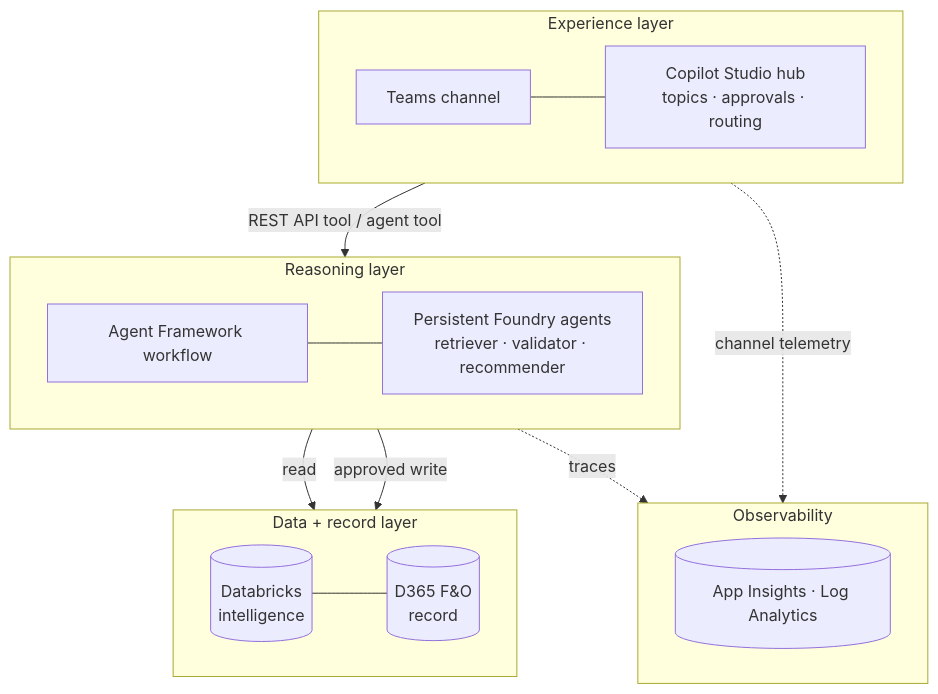
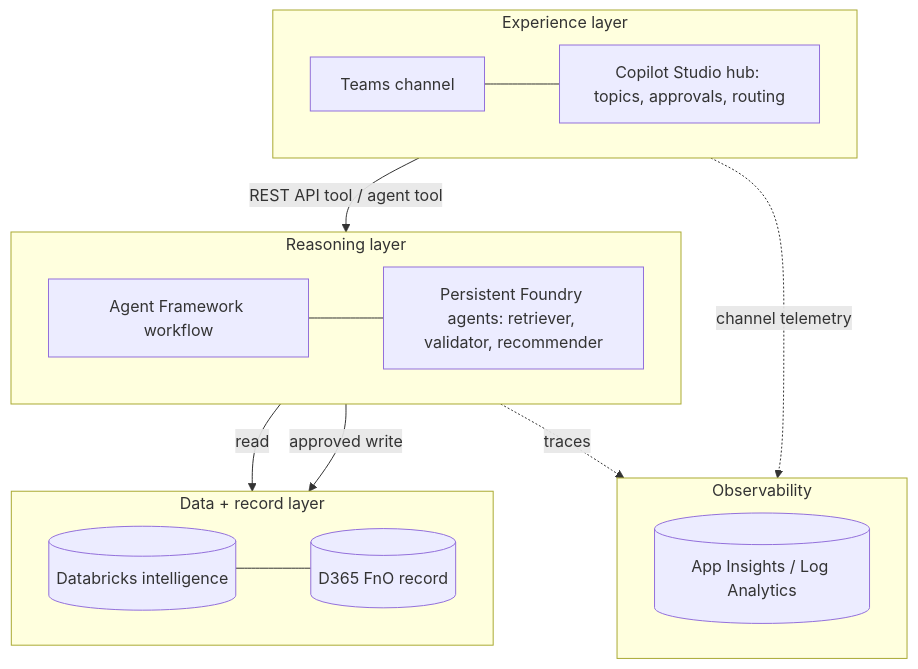
The fifth of 7 diagrams in docs/07-demo-options.md (honestypugh2/warehouse-replenishment-ai-demo), drawn with Mermaid before and after one commit. The commit also changed other lines of this file and 3 other files, not shown here.

First line of the commit message:
fix: resolve Mermaid rendering in all docs

````diff
--- a/docs/07-demo-options.md
+++ b/docs/07-demo-options.md
@@ -315,24 +315,24 @@
 ```mermaid
 flowchart TB
     subgraph L1 [Experience layer]
         direction LR
-        TEAMS[Teams channel] --- CSHUB[Copilot Studio hub<br/>topics · approvals · routing]
+        TEAMS[Teams channel] --- CSHUB["Copilot Studio hub: topics, approvals, routing"]
     end
     subgraph L2 [Reasoning layer]
         direction LR
-        WF[Agent Framework workflow] --- AG[Persistent Foundry agents<br/>retriever · validator · recommender]
+        WF[Agent Framework workflow] --- AG["Persistent Foundry agents: retriever, validator, recommender"]
     end
     subgraph L3 [Data + record layer]
         direction LR
-        DBX[(Databricks<br/>intelligence)] --- D365[(D365 F&O<br/>record)]
+        DBX[("Databricks intelligence")] --- D365[("D365 FnO record")]
     end
     subgraph L4 [Observability]
-        AI[(App Insights · Log Analytics)]
+        AI[("App Insights / Log Analytics")]
     end
 
     L1 -->|REST API tool / agent tool| L2
     L2 -->|read| L3
     L2 -->|approved write| L3
     L2 -.->|traces| L4
     L1 -.->|channel telemetry| L4
 ```
````
